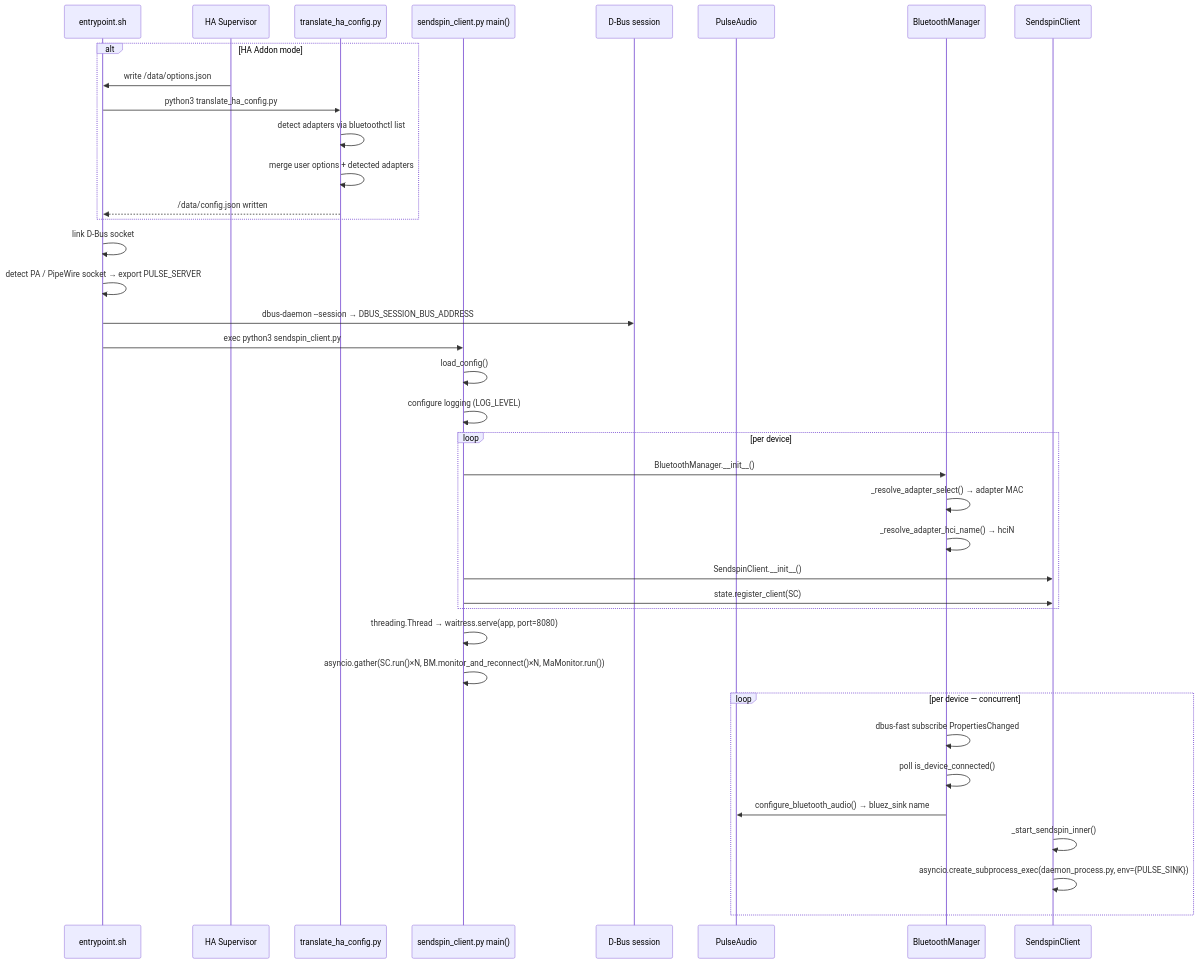
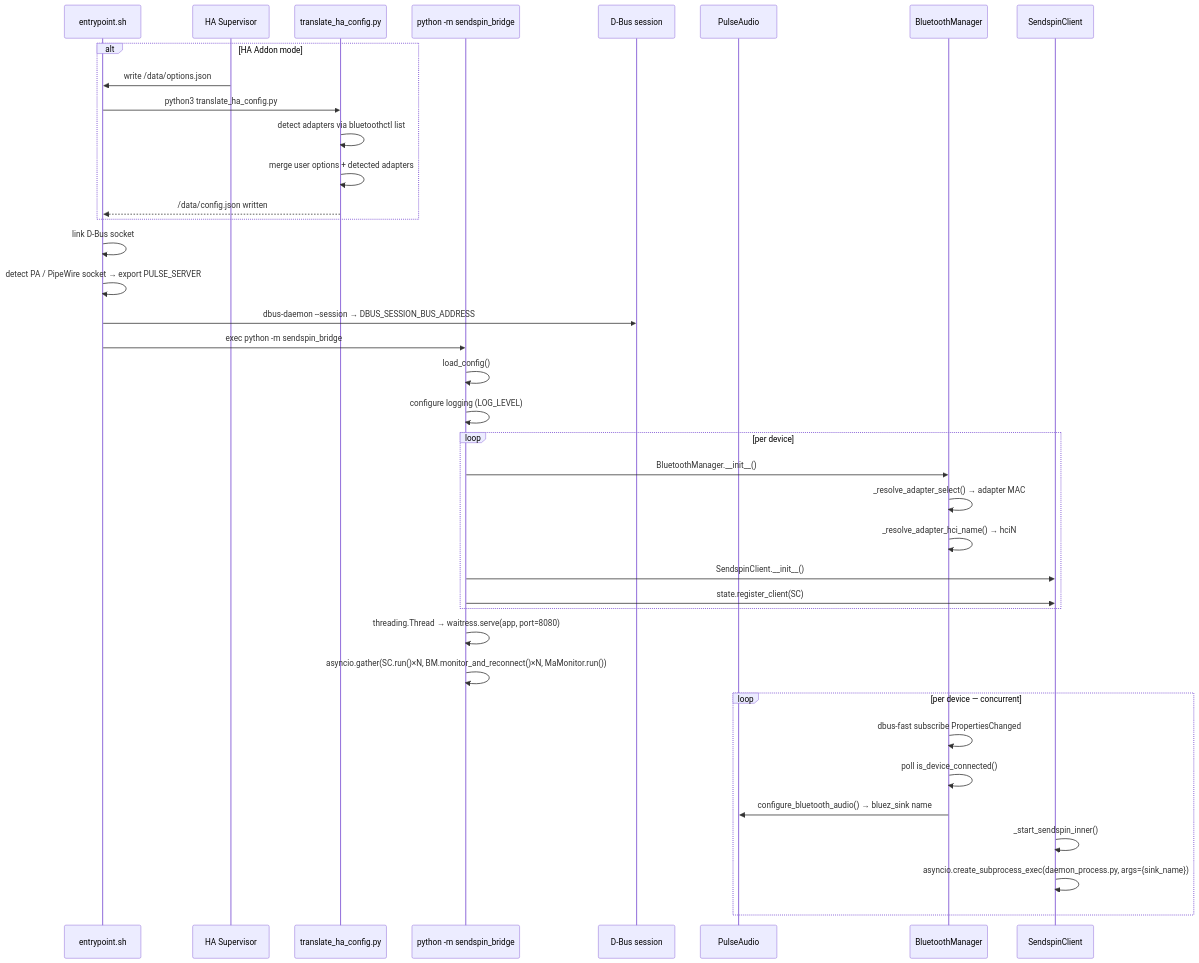
Before and after one commit to trudenboy/sendspin-bt-bridge: diagram 16 of 28 in docs-site/src/content/docs/ru/architecture.md, drawn with Mermaid. The commit also changed other lines of this file and 78 other files, not shown here.

````diff
--- a/docs-site/src/content/docs/ru/architecture.md
+++ b/docs-site/src/content/docs/ru/architecture.md
@@ -677,46 +678,46 @@
 ```mermaid
 sequenceDiagram
     participant SH as entrypoint.sh
     participant HA as HA Supervisor
     participant TR as translate_ha_config.py
-    participant PY as sendspin_client.py main()
+    participant PY as python -m sendspin_bridge
     participant DB as D-Bus session
     participant PA as PulseAudio
     participant BM as BluetoothManager
     participant SC as SendspinClient
 
     alt HA Addon mode
         HA->>SH: write /data/options.json
         SH->>TR: python3 translate_ha_config.py
         TR->>TR: detect adapters via bluetoothctl list
         TR->>TR: merge user options + detected adapters
         TR-->>SH: /data/config.json written
     end
 
     SH->>SH: link D-Bus socket
     SH->>SH: detect PA / PipeWire socket → export PULSE_SERVER
     SH->>DB: dbus-daemon --session → DBUS_SESSION_BUS_ADDRESS
 
-    SH->>PY: exec python3 sendspin_client.py
+    SH->>PY: exec python -m sendspin_bridge
     PY->>PY: load_config()
     PY->>PY: configure logging (LOG_LEVEL)
 
     loop per device
         PY->>BM: BluetoothManager.__init__()
         BM->>BM: _resolve_adapter_select() → adapter MAC
         BM->>BM: _resolve_adapter_hci_name() → hciN
         PY->>SC: SendspinClient.__init__()
         PY->>SC: state.register_client(SC)
     end
 
     PY->>PY: threading.Thread → waitress.serve(app, port=8080)
     PY->>PY: asyncio.gather(SC.run()×N, BM.monitor_and_reconnect()×N, MaMonitor.run())
 
     loop per device — concurrent
         BM->>BM: dbus-fast subscribe PropertiesChanged
         BM->>BM: poll is_device_connected()
         BM->>PA: configure_bluetooth_audio() → bluez_sink name
         SC->>SC: _start_sendspin_inner()
-        SC->>SC: asyncio.create_subprocess_exec(daemon_process.py, env={PULSE_SINK})
+        SC->>SC: asyncio.create_subprocess_exec(daemon_process.py, args={sink_name})
     end
 ```
````
